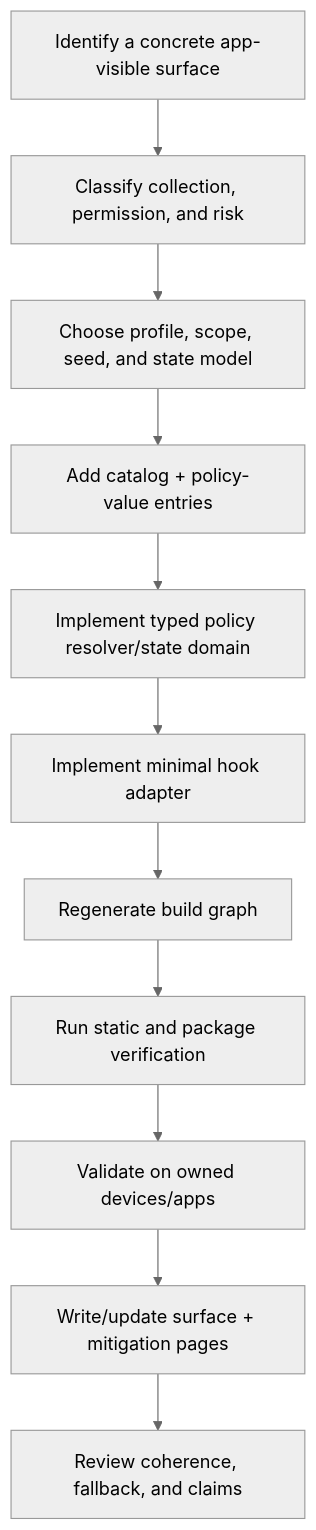
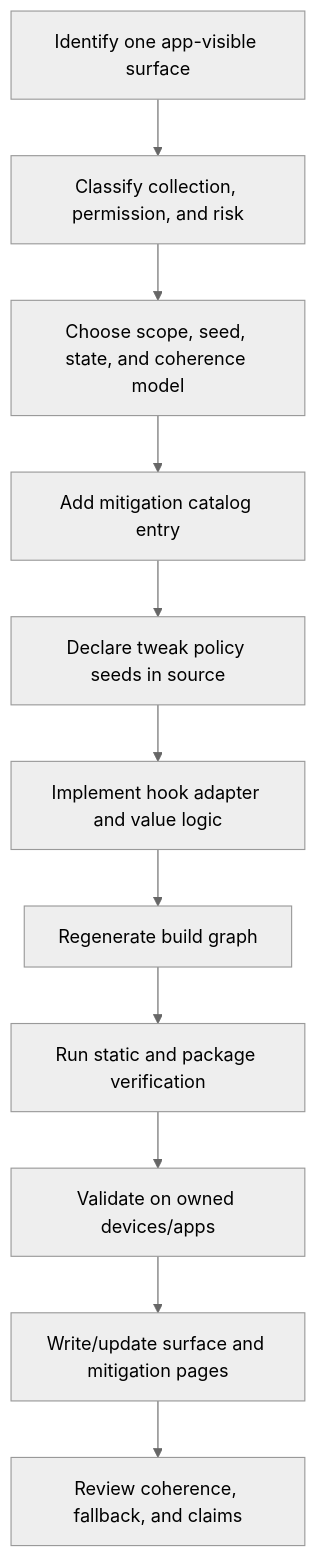
The diagram in docs/development/adding-a-mitigation.md (alecs297/loupehole), drawn with Mermaid (neutral theme) before and after one commit. The commit also changed other lines of this file and 26 other files, not shown here.

Commit message:
Refresh docs for tweak-level policy seeds

````diff
--- a/docs/development/adding-a-mitigation.md
+++ b/docs/development/adding-a-mitigation.md
@@ -7,13 +7,13 @@
 ```mermaid
 flowchart TD
-    Research[Identify a concrete app-visible surface] --> Classify[Classify collection, permission, and risk]
-    Classify --> Model[Choose profile, scope, seed, and state model]
-    Model --> Catalog[Add catalog + policy-value entries]
-    Catalog --> Resolver[Implement typed policy resolver/state domain]
-    Resolver --> Hook[Implement minimal hook adapter]
-    Hook --> Generate[Regenerate build graph]
-    Generate --> Verify[Run static and package verification]
-    Verify --> Device[Validate on owned devices/apps]
-    Device --> Docs[Write/update surface + mitigation pages]
-    Docs --> Review[Review coherence, fallback, and claims]
+    Research["Identify one app-visible surface"] --> Classify["Classify collection, permission, and risk"]
+    Classify --> Model["Choose scope, seed, state, and coherence model"]
+    Model --> Catalog["Add mitigation catalog entry"]
+    Catalog --> Seeds["Declare tweak policy seeds in source"]
+    Seeds --> Hook["Implement hook adapter and value logic"]
+    Hook --> Generate["Regenerate build graph"]
+    Generate --> Verify["Run static and package verification"]
+    Verify --> Device["Validate on owned devices/apps"]
+    Device --> Docs["Write/update surface and mitigation pages"]
+    Docs --> Review["Review coherence, fallback, and claims"]
 ```
````
